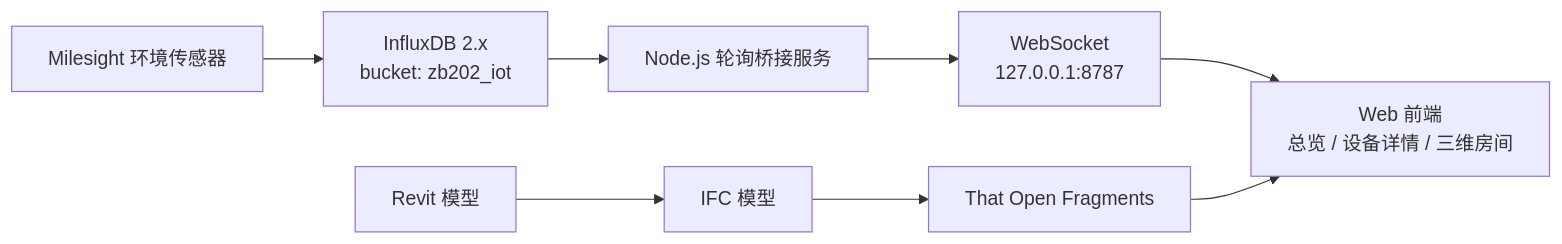
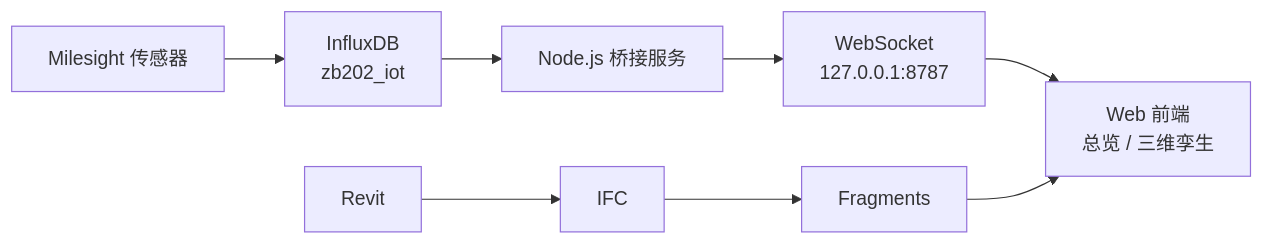
The diagram in README.md (LYUml/ZB202_DT), drawn with Mermaid before and after one commit. The commit also changed other lines of this file and 1 other file, not shown here.

````diff
--- a/README.md
+++ b/README.md
@@ -13,11 +9,11 @@
 ```mermaid
 flowchart LR
-  SENSOR["Milesight 环境传感器"] --> INFLUX["InfluxDB 2.x<br/>bucket: zb202_iot"]
-  INFLUX --> BRIDGE["Node.js 轮询桥接服务"]
+  SENSOR["Milesight 传感器"] --> DB["InfluxDB<br/>zb202_iot"]
+  DB --> BRIDGE["Node.js 桥接服务"]
   BRIDGE --> WS["WebSocket<br/>127.0.0.1:8787"]
-  WS --> UI["Web 前端<br/>总览 / 设备详情 / 三维房间"]
+  WS --> WEB["Web 前端<br/>总览 / 三维孪生"]
 
-  RVT["Revit 模型"] --> IFC["IFC 模型"]
-  IFC --> FRAG["That Open Fragments"]
-  FRAG --> UI
+  RVT["Revit"] --> IFC["IFC"]
+  IFC --> FRAG["Fragments"]
+  FRAG --> WEB
 ```
````
